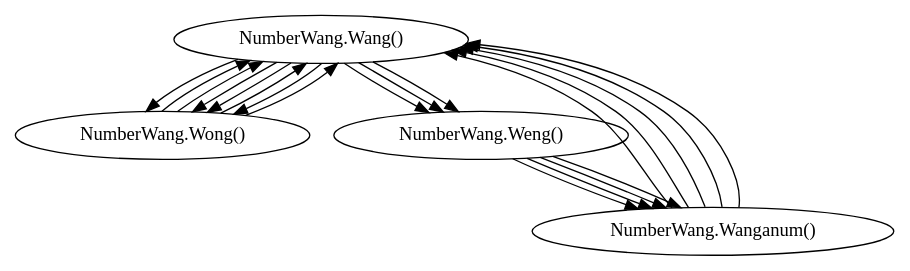
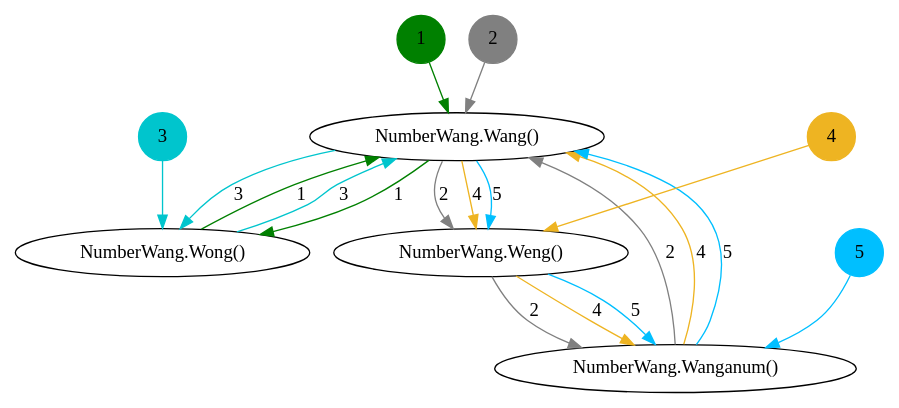
One commit to newdigate/csharp-method-dependency-analysis changed the diagram in README.md. Above: the diagram before and after it, drawn with Graphviz. The commit also changed 1 other file, not shown here.

Commit message:
solution analysis

````diff
--- a/README.md
+++ b/README.md
@@ -33,11 +33,19 @@
 ``` dot
 digraph G {
-	 "NumberWang.Wang()" -> "NumberWang.Wong()" -> "NumberWang.Wang()"
-	 "NumberWang.Wang()" -> "NumberWang.Weng()" -> "NumberWang.Wanganum()" -> "NumberWang.Wang()"
-	 "NumberWang.Wong()" -> "NumberWang.Wang()" -> "NumberWang.Wong()"
-	 "NumberWang.Weng()" -> "NumberWang.Wanganum()" -> "NumberWang.Wang()" -> "NumberWang.Wong()" -> "NumberWang.Wang()"
-	 "NumberWang.Weng()" -> "NumberWang.Wanganum()" -> "NumberWang.Wang()" -> "NumberWang.Weng()" 
-	 "NumberWang.Wanganum()" -> "NumberWang.Wang()" -> "NumberWang.Wong()" -> "NumberWang.Wang()"
-	 "NumberWang.Wanganum()" -> "NumberWang.Wang()" -> "NumberWang.Weng()" -> "NumberWang.Wanganum()"
+	 "NumberWang.Wang()" -> "NumberWang.Wong()" -> "NumberWang.Wang()" [color=green, label="1"];
+	 "NumberWang.Wang()" -> "NumberWang.Weng()" -> "NumberWang.Wanganum()" -> "NumberWang.Wang()" [color=grey, label="2"];
+	node [shape = circle, style=filled, color=green];
+	 1 -> "NumberWang.Wang()" [color=green] 
+	node [shape = circle, style=filled, color=grey];
+	 2 -> "NumberWang.Wang()" [color=grey] 
+	 "NumberWang.Wong()" -> "NumberWang.Wang()" -> "NumberWang.Wong()" [color=turquoise3, label="3"];
+	node [shape = circle, style=filled, color=turquoise3];
+	 3 -> "NumberWang.Wong()" [color=turquoise3] 
+	 "NumberWang.Weng()" -> "NumberWang.Wanganum()" -> "NumberWang.Wang()" -> "NumberWang.Weng()" [color=goldenrod2, label="4"];
+	node [shape = circle, style=filled, color=goldenrod2];
+	 4 -> "NumberWang.Weng()" [color=goldenrod2] 
+	 "NumberWang.Wanganum()" -> "NumberWang.Wang()" -> "NumberWang.Weng()" -> "NumberWang.Wanganum()" [color=deepskyblue, label="5"];
+	node [shape = circle, style=filled, color=deepskyblue];
+	 5 -> "NumberWang.Wanganum()" [color=deepskyblue] 
 }
 ```
````
